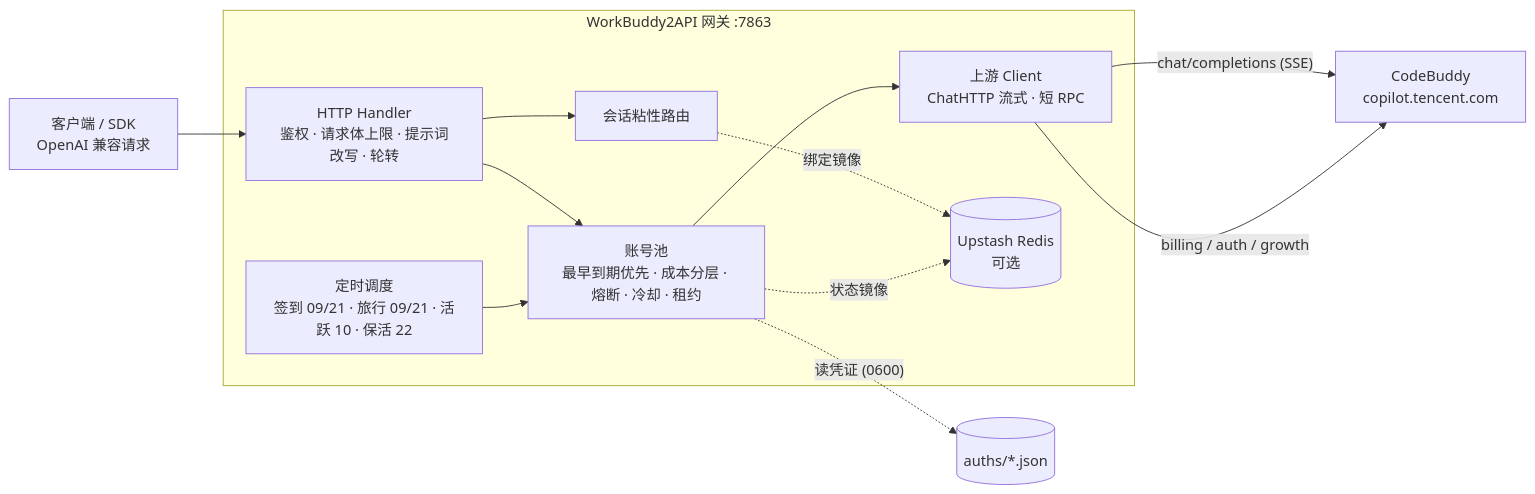
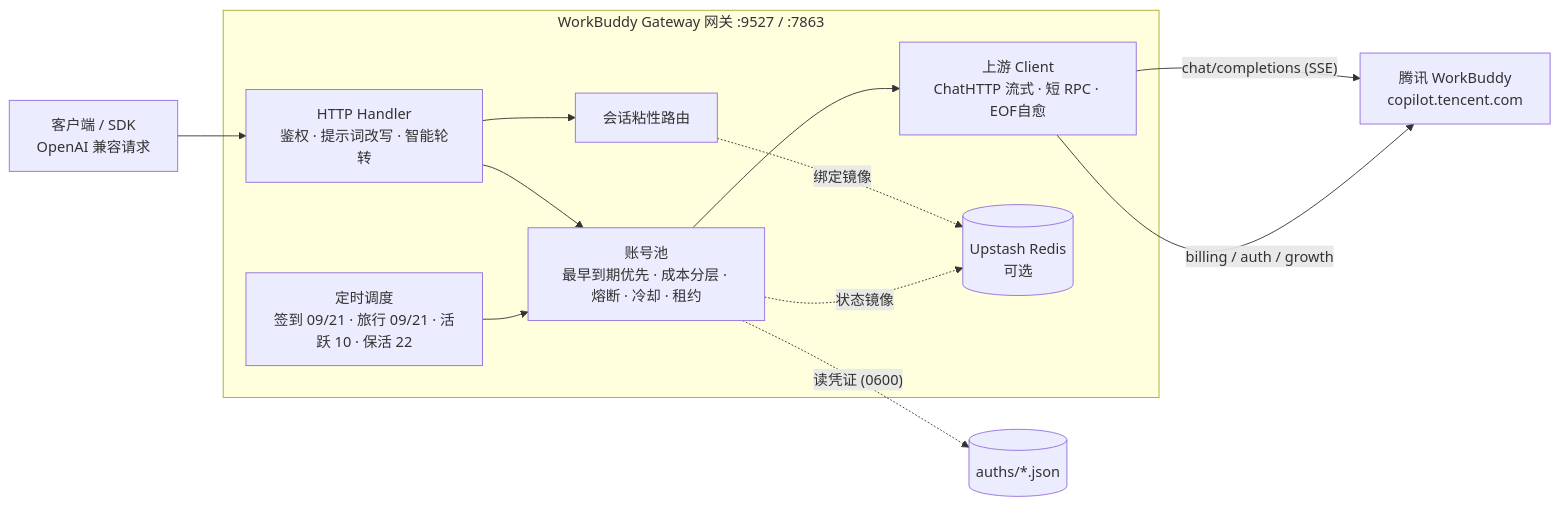
The diagram in README.md (Arthur-dlz/workbuddy2api-panel), drawn with Mermaid before and after one commit. The commit also changed other lines of this file and 1 other file, not shown here.

Commit message:
docs: align README & README_EN with Tencent WorkBuddy branding, tray launcher, and 8 panel views

````diff
--- a/README.md
+++ b/README.md
@@ -197,18 +176,18 @@
 ```mermaid
 flowchart LR
     Client["客户端 / SDK\nOpenAI 兼容请求"] --> H
 
-    subgraph GWI["WorkBuddy2API 网关 :7863"]
-        H["HTTP Handler\n鉴权 · 请求体上限 · 提示词改写 · 轮转"] --> P
+    subgraph GWI["WorkBuddy Gateway 网关 :9527 / :7863"]
+        H["HTTP Handler\n鉴权 · 提示词改写 · 智能轮转"] --> P
         H --> S
         P["账号池\n最早到期优先 · 成本分层 · 熔断 · 冷却 · 租约"] --> U
         S["会话粘性路由"] -.绑定镜像.-> REDIS
         T["定时调度\n签到 09/21 · 旅行 09/21 · 活跃 10 · 保活 22"] --> P
-        U["上游 Client\nChatHTTP 流式 · 短 RPC"]
+        U["上游 Client\nChatHTTP 流式 · 短 RPC · EOF自愈"]
     end
 
     P -. "读凭证 (0600)" .-> AUTH[("auths/*.json")]
     P -. "状态镜像" .-> REDIS[("Upstash Redis\n可选")]
-    U -->|"chat/completions (SSE)"| CB["CodeBuddy\ncopilot.tencent.com"]
+    U -->|"chat/completions (SSE)"| CB["腾讯 WorkBuddy\ncopilot.tencent.com"]
     U -->|"billing / auth / growth"| CB
 ```
````
